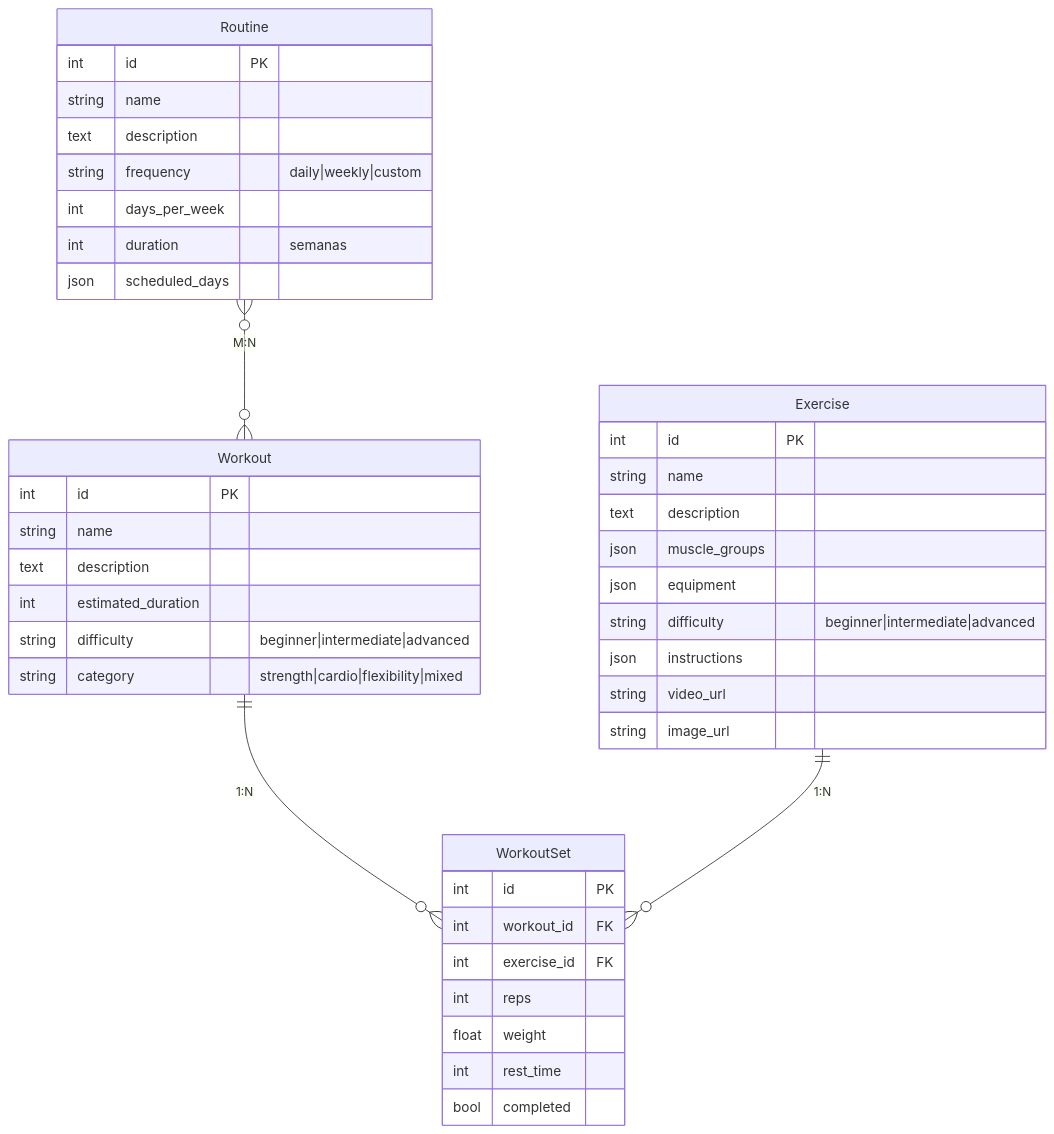
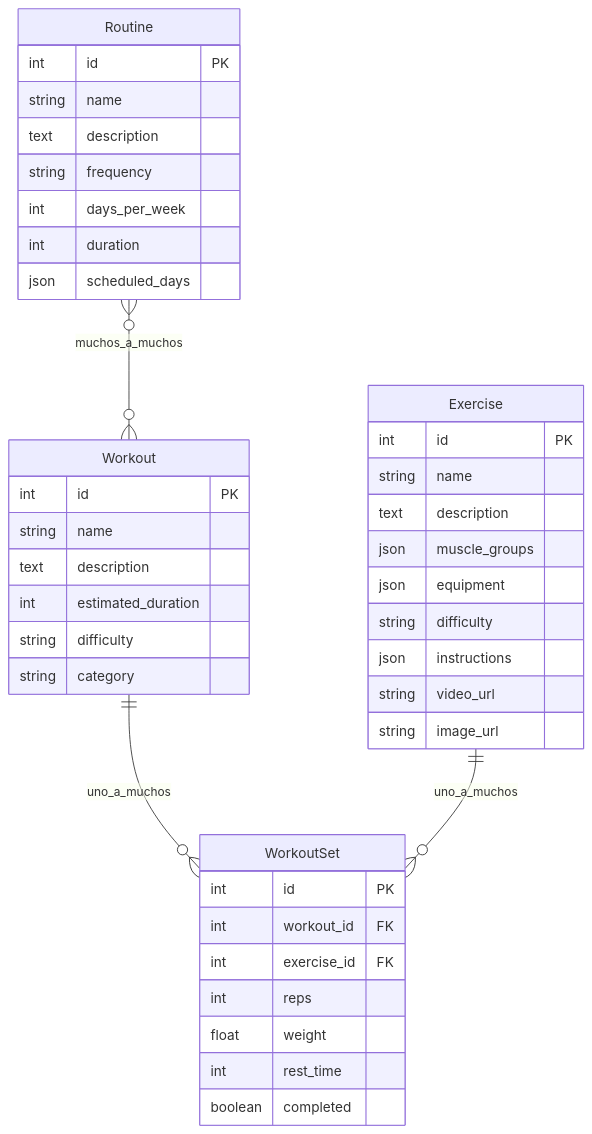
One commit to chatuz-park/gym-now-back changed the third of 4 diagrams in docs/diagrama-er.md. Above: the diagram before and after it, drawn with Mermaid. The commit also changed other lines of this file, not shown here.

Commit message:
Update ER diagram documentation with improved naming conventions and data types for clarity

````diff
--- a/docs/diagrama-er.md
+++ b/docs/diagrama-er.md
@@ -196,47 +198,47 @@
 ```mermaid
 erDiagram
-    Routine }o--o{ Workout : "M:N"
-    Workout ||--o{ WorkoutSet : "1:N"
-    Exercise ||--o{ WorkoutSet : "1:N"
+    Routine }o--o{ Workout : muchos_a_muchos
+    Workout ||--o{ WorkoutSet : uno_a_muchos
+    Exercise ||--o{ WorkoutSet : uno_a_muchos
 
     Exercise {
         int id PK
         string name
         text description
         json muscle_groups
         json equipment
-        string difficulty "beginner|intermediate|advanced"
+        string difficulty
         json instructions
         string video_url
         string image_url
     }
 
     Workout {
         int id PK
         string name
         text description
         int estimated_duration
-        string difficulty "beginner|intermediate|advanced"
-        string category "strength|cardio|flexibility|mixed"
+        string difficulty
+        string category
     }
 
     WorkoutSet {
         int id PK
         int workout_id FK
         int exercise_id FK
         int reps
         float weight
         int rest_time
-        bool completed
+        boolean completed
     }
 
     Routine {
         int id PK
         string name
         text description
-        string frequency "daily|weekly|custom"
+        string frequency
         int days_per_week
-        int duration "semanas"
+        int duration
         json scheduled_days
     }
 ```
````
